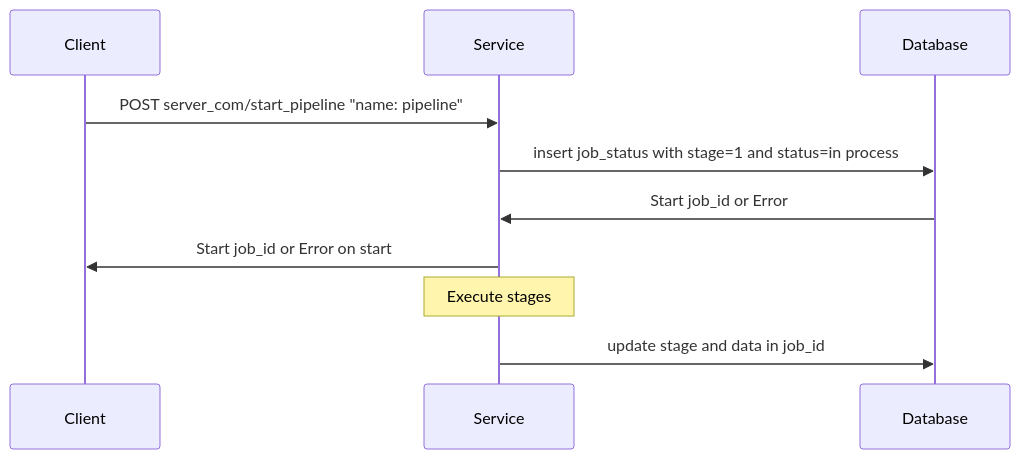
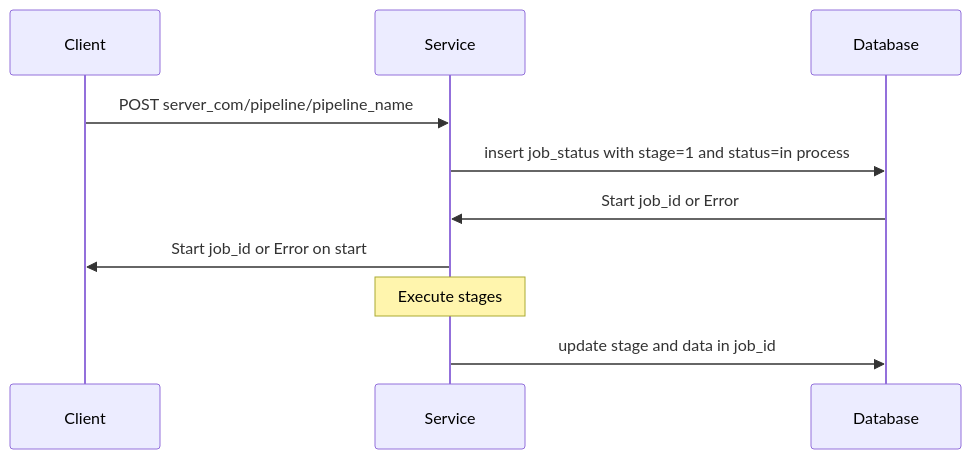
One commit to Jwostik/FastAPI changed the second of 5 diagrams in pipeline.md. Above: the diagram before and after it, drawn with Mermaid. The commit also changed other lines of this file, not shown here.

````diff
--- a/pipeline.md
+++ b/pipeline.md
@@ -68,12 +59,12 @@
 ```mermaid
 sequenceDiagram
     participant C as Client
     participant S as Service
     participant D as Database
-    C->>S: POST server_com/start_pipeline "name: pipeline"
+    C->>S: POST server_com/pipeline/pipeline_name
     S->>D: insert job_status with stage=1 and status=in process
     D->>S: Start job_id or Error
     S->>C: Start job_id or Error on start
     Note over S: Execute stages
     S->>D: update stage and data in job_id
 ```
````
